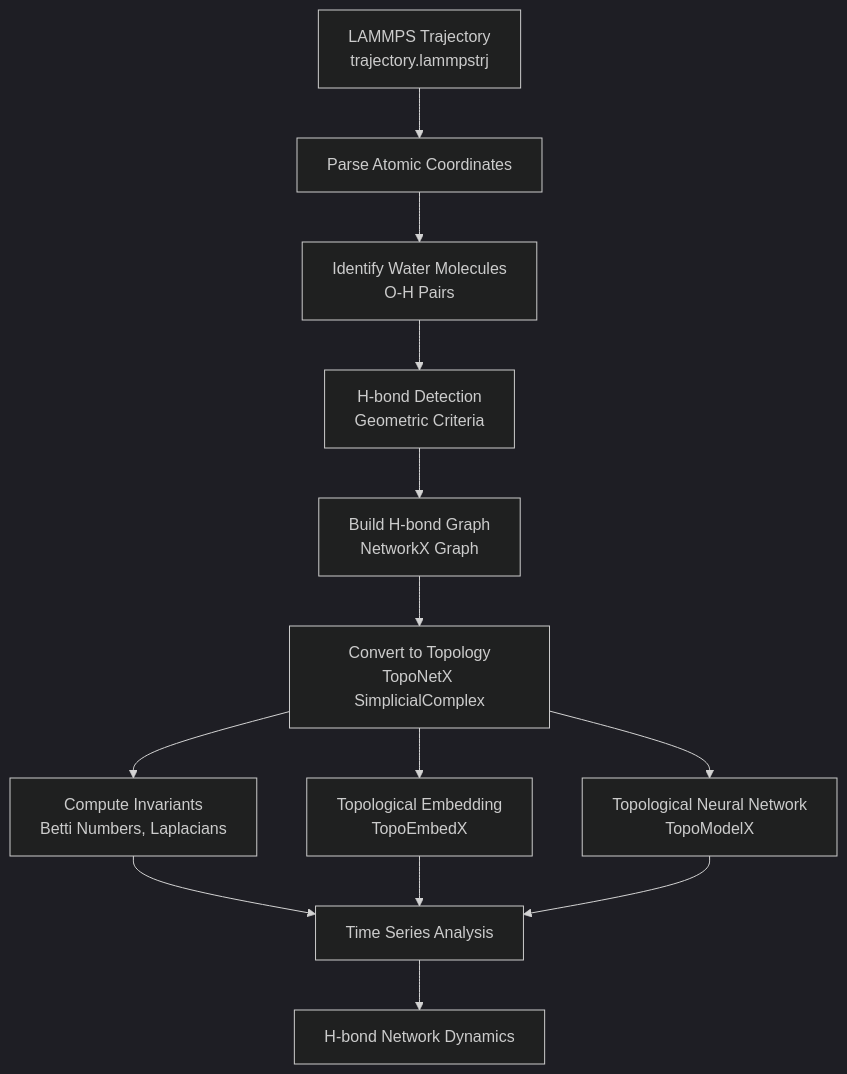
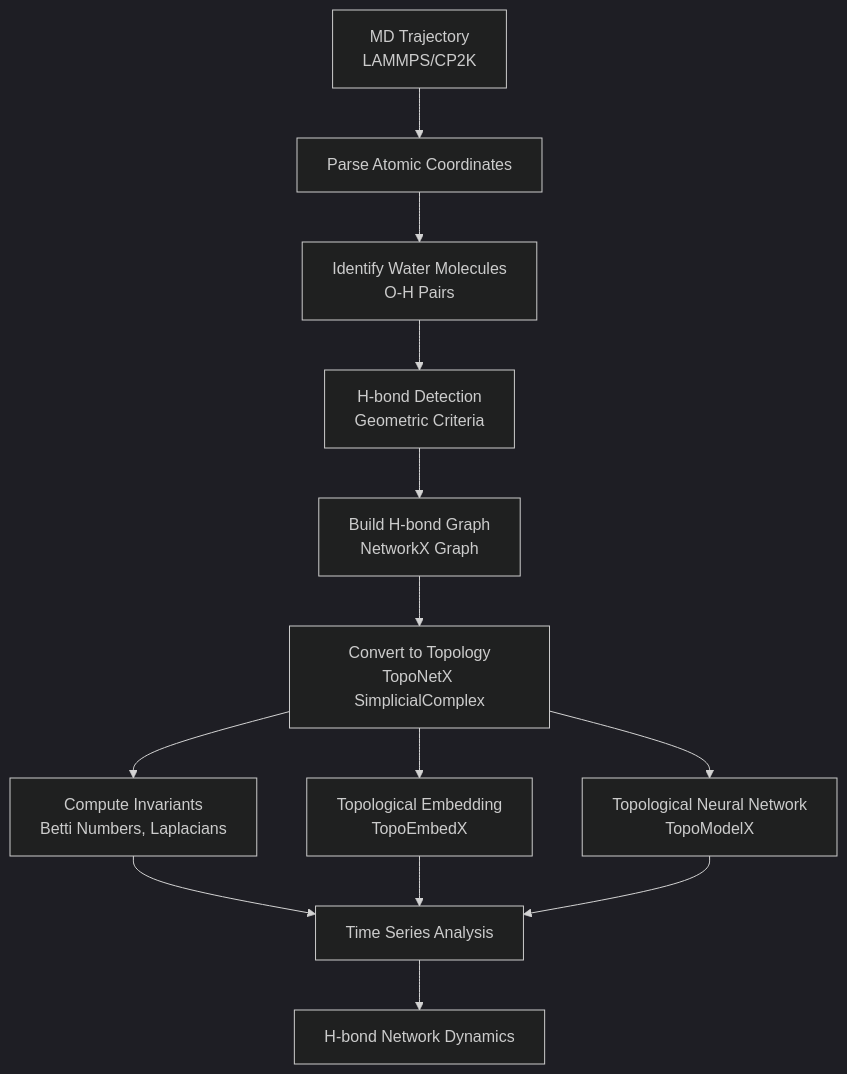
Before and after one commit to ResearchGeekSQ/topoHBNet: the diagram in README.md, drawn with Mermaid (dark theme). The commit also changed other lines of this file and 9 other files, not shown here.

````diff
--- a/README.md
+++ b/README.md
@@ -25,15 +25,15 @@
 ```mermaid
 flowchart TD
-    A[LAMMPS Trajectory<br/>trajectory.lammpstrj] --> B[Parse Atomic Coordinates]
+    A[MD Trajectory<br/>LAMMPS/CP2K] --> B[Parse Atomic Coordinates]
     B --> C[Identify Water Molecules<br/>O-H Pairs]
     C --> D[H-bond Detection<br/>Geometric Criteria]
     D --> E[Build H-bond Graph<br/>NetworkX Graph]
     E --> F[Convert to Topology<br/>TopoNetX SimplicialComplex]
     F --> G1[Compute Invariants<br/>Betti Numbers, Laplacians]
     F --> G2[Topological Embedding<br/>TopoEmbedX]
     F --> G3[Topological Neural Network<br/>TopoModelX]
     G1 --> H[Time Series Analysis]
     G2 --> H
     G3 --> H
     H --> I[H-bond Network Dynamics]
 ```
````
